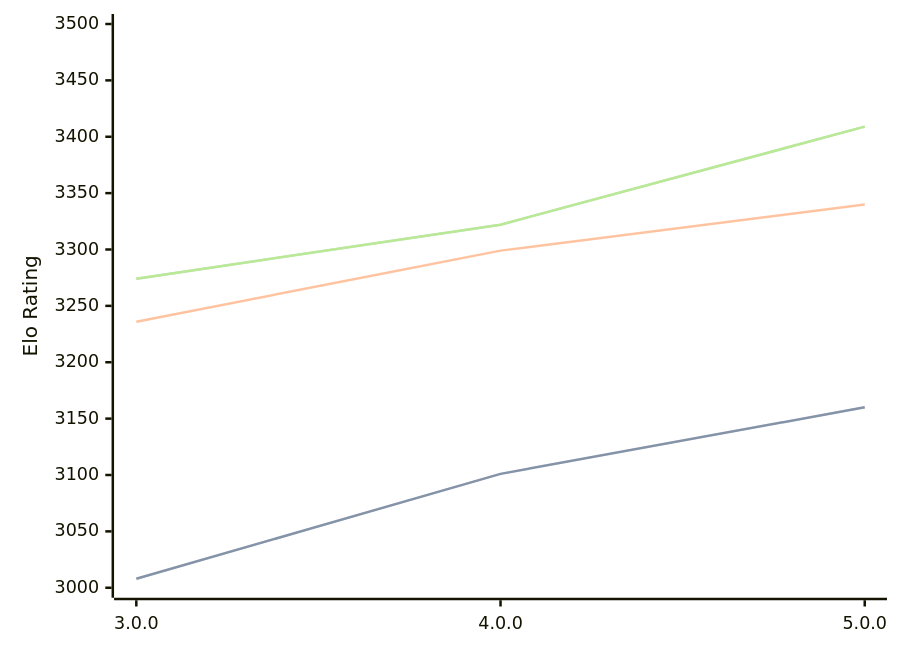
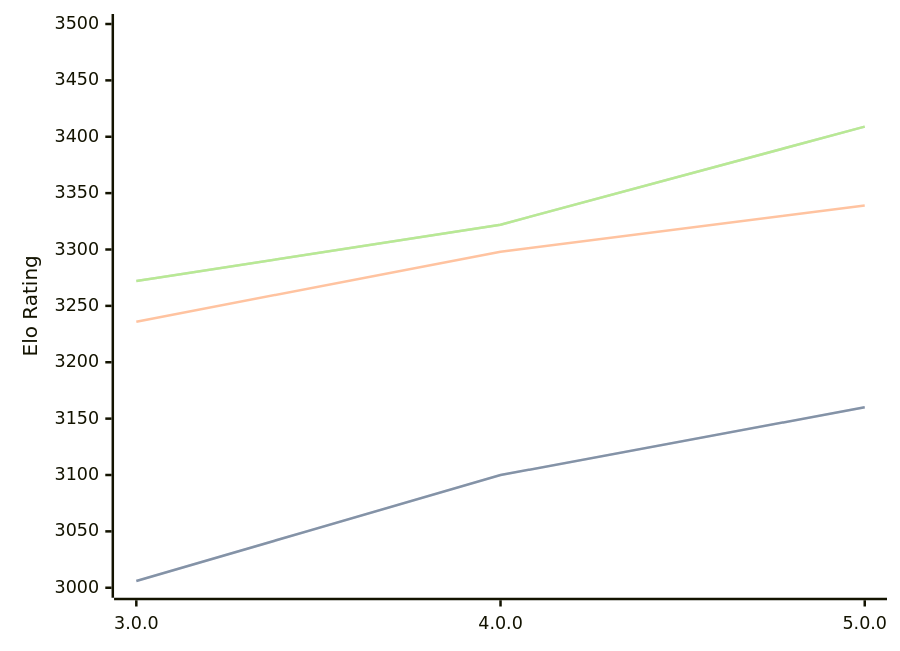
The diagram in engines/Minke.md (computer-chess-index/cci), drawn with Mermaid before and after one commit. The commit also changed other lines of this file, not shown here.

Commit message:
Update CCI Ratings (ELO VLTC) - 2026-03-30

````diff
--- a/engines/Minke.md
+++ b/engines/Minke.md
@@ -35,11 +35,11 @@
 ```mermaid
 %%{init: {"theme":"base","themeVariables":{"seriesColors:['#a3a3a3','#222221','#faa371']}}}%%
 xychart-beta
   x-axis ["3.0.0", "4.0.0", "5.0.0"]
   y-axis "Elo Rating" 3000 --> 3500
-  line "STC (8.0+0.08s)" [3008, 3101, 3160]
-  line "STC (8.0+0.08s)" [3008, 3101, 3160]
-  line "LTC (60.0+0.60s)" [3236, 3299, 3340]
-  line "VLTC (2m24s+1.12s)" [3274, 3322, 3409]
-  line "VLTC (2m24s+1.12s)" [3274, 3322, 3409]
+  line "STC (8.0+0.08s)" [3006, 3100, 3160]
+  line "STC (8.0+0.08s)" [3006, 3100, 3160]
+  line "LTC (60.0+0.60s)" [3236, 3298, 3339]
+  line "VLTC (2m24s+1.12s)" [3272, 3322, 3409]
+  line "VLTC (2m24s+1.12s)" [3272, 3322, 3409]
 ```
````
